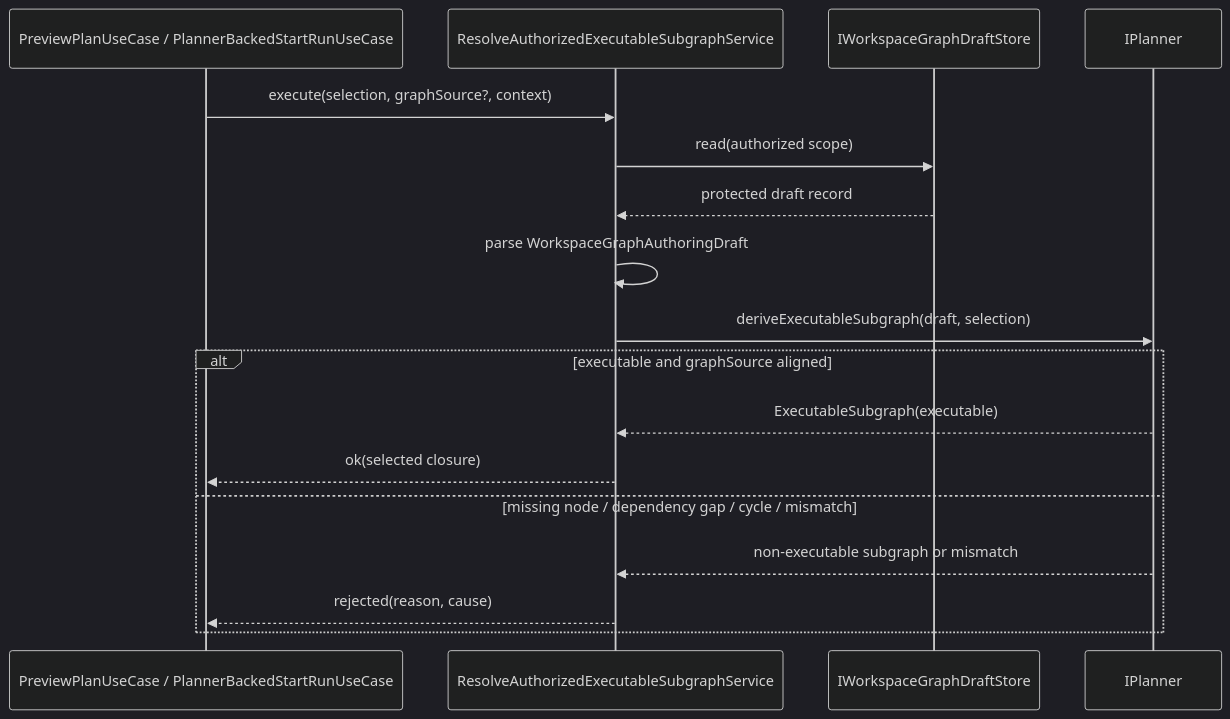
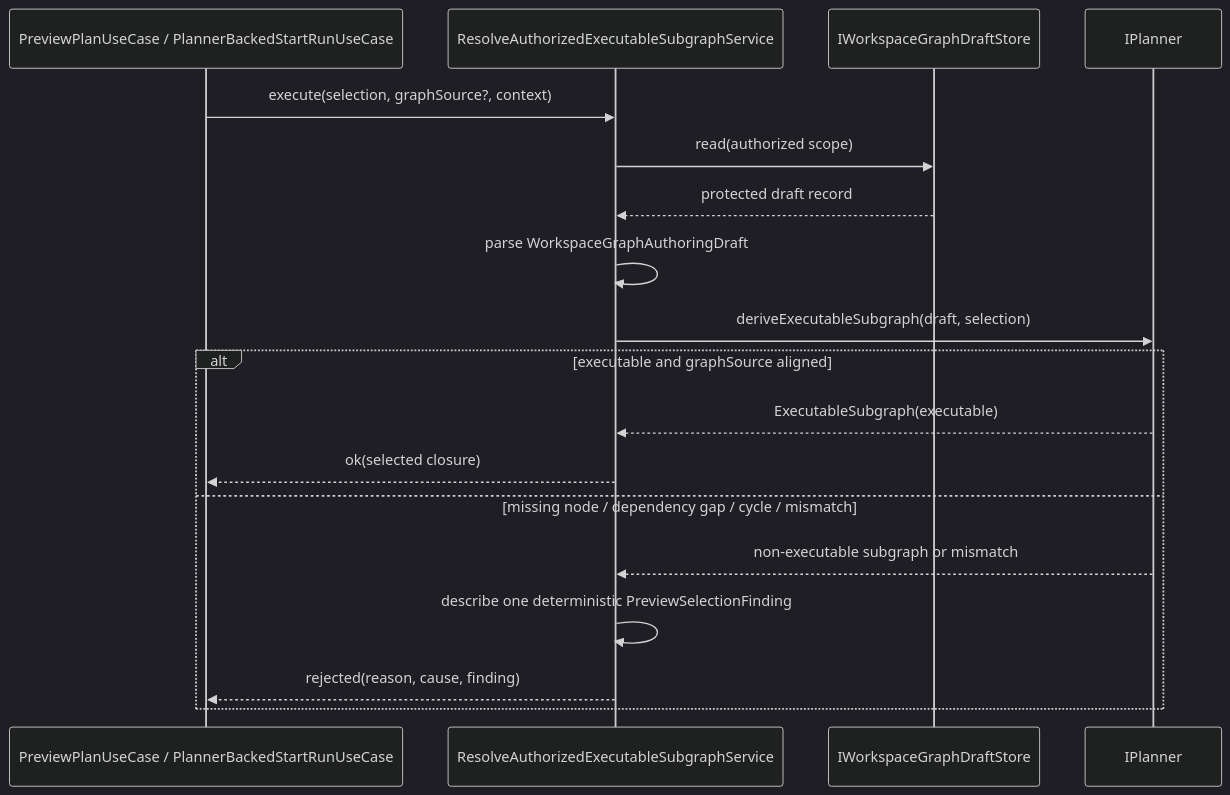
The second of 3 diagrams in apps/api/docs/executable-subgraph-resolution-component.md (dunay2/dvt), drawn with Mermaid (dark theme) before and after one commit. The commit also changed other lines of this file and 5 other files, not shown here.

````diff
--- a/apps/api/docs/executable-subgraph-resolution-component.md
+++ b/apps/api/docs/executable-subgraph-resolution-component.md
@@ -84,20 +91,21 @@
 ```mermaid
 sequenceDiagram
   participant Caller as PreviewPlanUseCase / PlannerBackedStartRunUseCase
   participant Resolver as ResolveAuthorizedExecutableSubgraphService
   participant Store as IWorkspaceGraphDraftStore
   participant Planner as IPlanner
 
   Caller->>Resolver: execute(selection, graphSource?, context)
   Resolver->>Store: read(authorized scope)
   Store-->>Resolver: protected draft record
   Resolver->>Resolver: parse WorkspaceGraphAuthoringDraft
   Resolver->>Planner: deriveExecutableSubgraph(draft, selection)
   alt executable and graphSource aligned
     Planner-->>Resolver: ExecutableSubgraph(executable)
     Resolver-->>Caller: ok(selected closure)
   else missing node / dependency gap / cycle / mismatch
     Planner-->>Resolver: non-executable subgraph or mismatch
-    Resolver-->>Caller: rejected(reason, cause)
+    Resolver->>Resolver: describe one deterministic PreviewSelectionFinding
+    Resolver-->>Caller: rejected(reason, cause, finding)
   end
 ```
````
